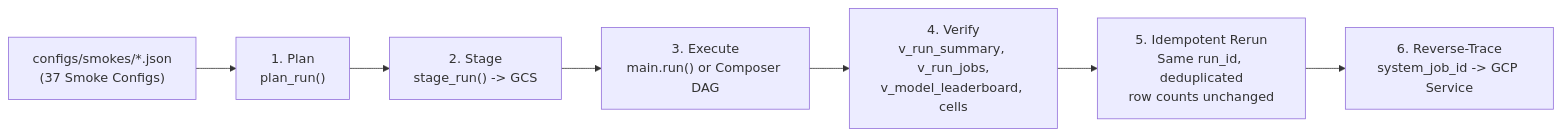
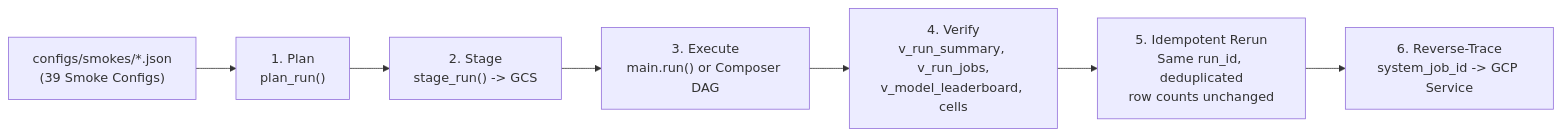
Before and after one commit to statmike/scale-forecasting: the diagram in docs/smoke_testing.md, drawn with Mermaid. The commit also changed other lines of this file and 69 other files, not shown here.

````diff
--- a/docs/smoke_testing.md
+++ b/docs/smoke_testing.md
@@ -10,9 +10,9 @@
 ```mermaid
 flowchart LR
-    Cfg["configs/smokes/*.json\n(37 Smoke Configs)"] --> Dry["1. Plan\nplan_run()"]
+    Cfg["configs/smokes/*.json\n(39 Smoke Configs)"] --> Dry["1. Plan\nplan_run()"]
     Dry --> Stage["2. Stage\nstage_run() -> GCS"]
     Stage --> Run["3. Execute\nmain.run() or Composer DAG"]
     Run --> Verify["4. Verify\nv_run_summary, v_run_jobs,\nv_model_leaderboard, cells"]
     Verify --> Rerun["5. Idempotent Rerun\nSame run_id, deduplicated\nrow counts unchanged"]
     Rerun --> Trace["6. Reverse-Trace\nsystem_job_id -> GCP Service"]
 ```
````
